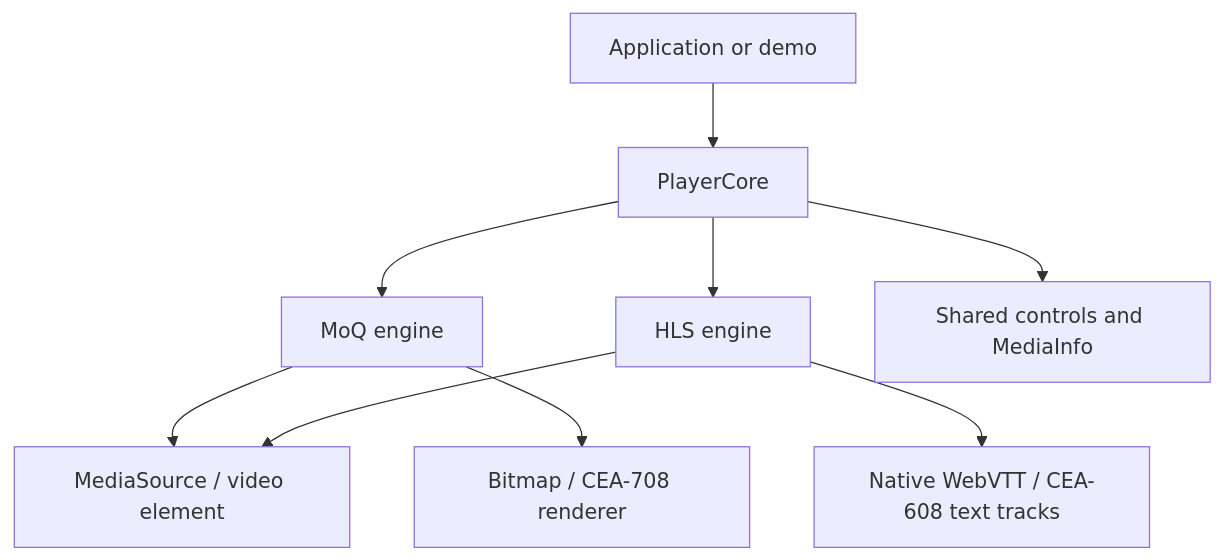
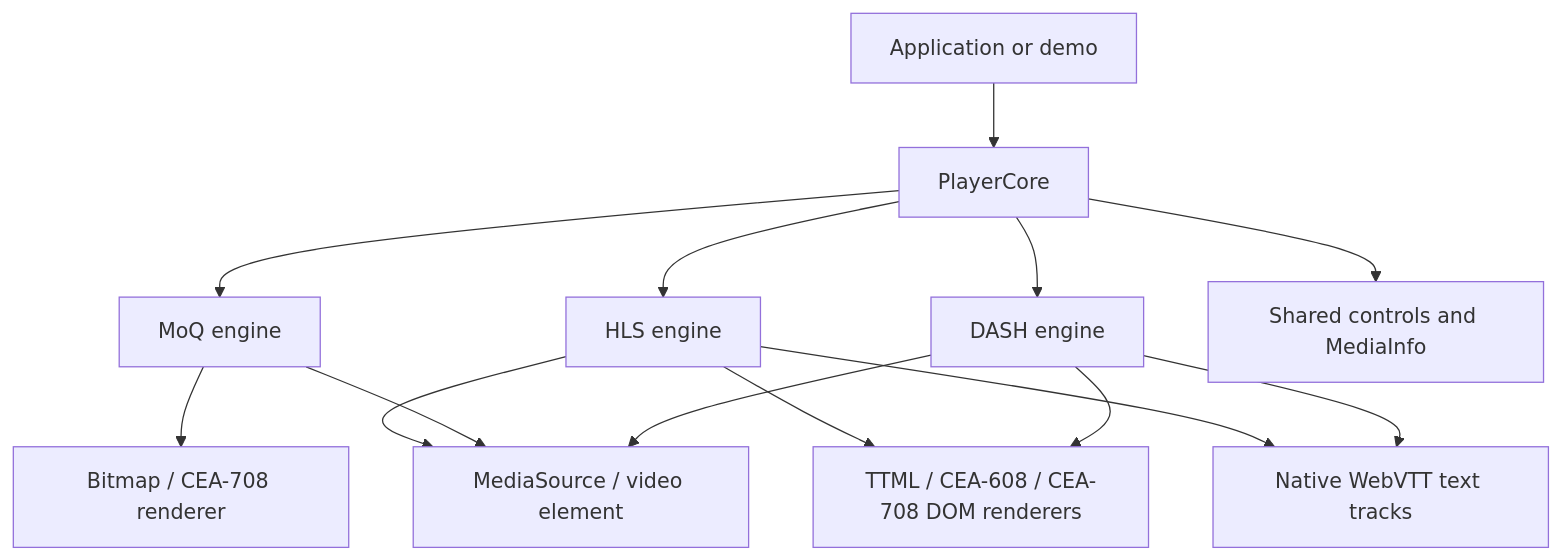
Before and after one commit to XaMaB/ThePlayer: the diagram in docs/architecture.md, drawn with Mermaid. The commit also changed other lines of this file and 31 other files, not shown here.

````diff
--- a/docs/architecture.md
+++ b/docs/architecture.md
@@ -23,11 +24,16 @@
 ```mermaid
 flowchart TD
   App[Application or demo] --> Core[PlayerCore]
   Core --> MoQ[MoQ engine]
   Core --> HLS[HLS engine]
+  Core --> DASH[DASH engine]
+  DASH --> MSE
+  DASH --> Text
+  DASH --> DOM[TTML / CEA-608 / CEA-708 DOM renderers]
+  HLS --> DOM
   MoQ --> MSE[MediaSource / video element]
   HLS --> MSE
   MoQ --> Canvas[Bitmap / CEA-708 renderer]
-  HLS --> Text[Native WebVTT / CEA-608 text tracks]
+  HLS --> Text[Native WebVTT text tracks]
   Core --> UI[Shared controls and MediaInfo]
 ```
````
